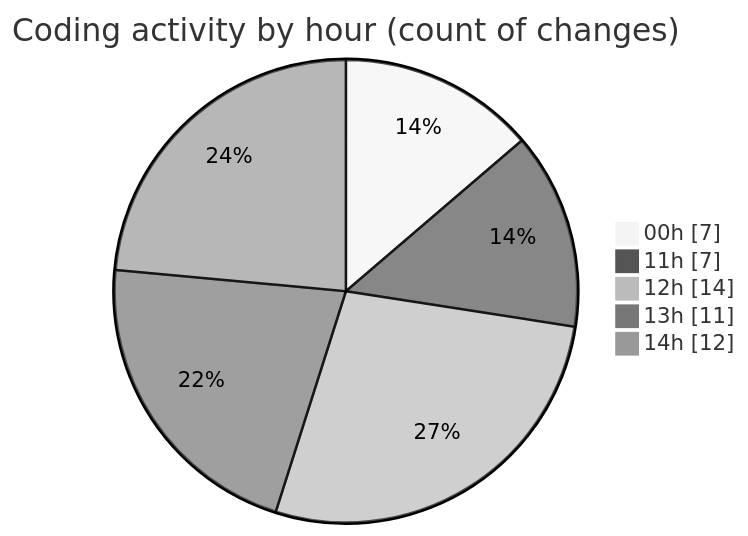
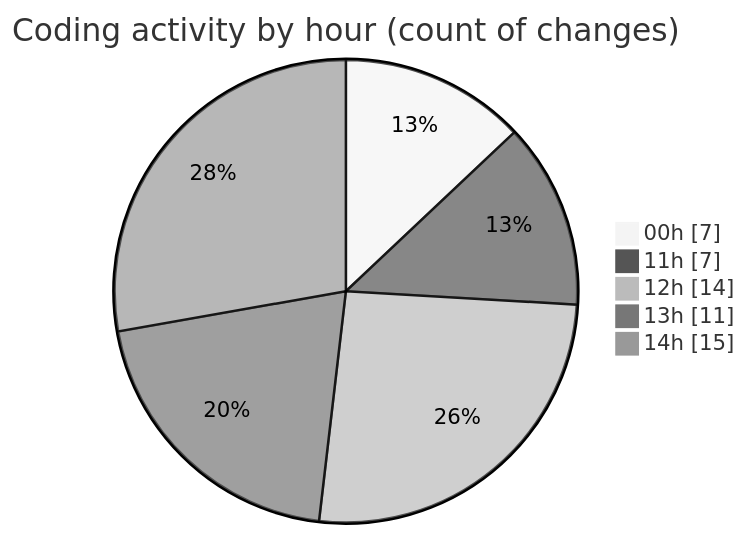
The second of 2 diagrams in 2025-10-08/eventscop-frontend-guide__workspace_/README.md (julien-gomy/code-tracking), drawn with Mermaid (neutral theme) before and after one commit. The commit also changed other lines of this file and 1 other file, not shown here.

````diff
--- a/2025-10-08/eventscop-frontend-guide__workspace_/README.md
+++ b/2025-10-08/eventscop-frontend-guide__workspace_/README.md
@@ -42,9 +44,9 @@
 ```mermaid
 pie showData
 title Coding activity by hour (count of changes)
 "00h" : 7
 "11h" : 7
 "12h" : 14
 "13h" : 11
-"14h" : 12
+"14h" : 15
 ```
````
